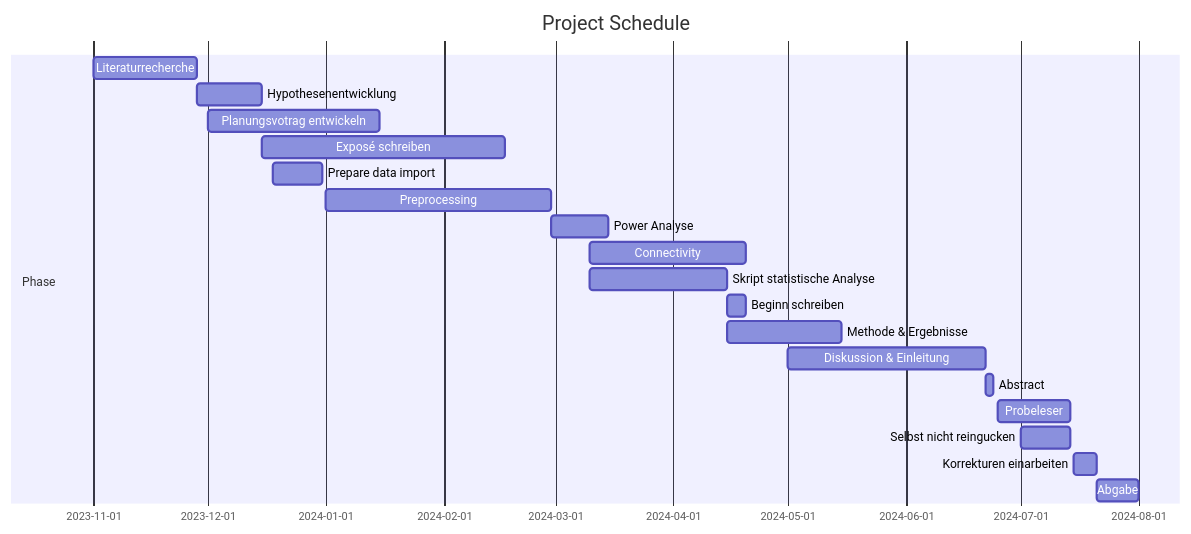
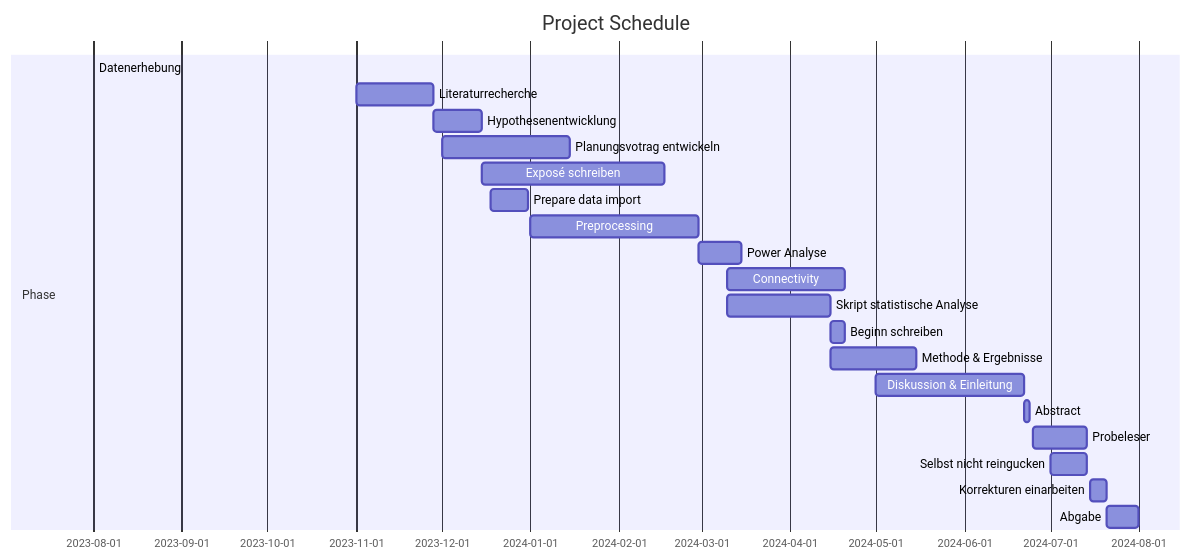
The diagram in README.md (JankaMarlene/masters_thesis), drawn with Mermaid before and after one commit.

````diff
--- a/README.md
+++ b/README.md
@@ -4,24 +4,25 @@
 ```mermaid
 gantt
     title Project Schedule
     dateFormat YYYY-MM-DD
 
     section Phase
+    Datenerhebung              : 2023-08-01, 2023-12.31
     Literaturrecherche         : 2023-11-01, 2023-11-28
     Hypothesenentwicklung      : 2023-11-28, 2023-12-15
     Planungsvotrag entwickeln : 2023-12-01, 2024-01-15
     Exposé schreiben           :2023-12-15, 2024-02-17
     Prepare data import        : 2023-12-18, 2023-12-31
     Preprocessing              : 2024-01-01, 2024-02-29
     Power Analyse              : 2024-02-29, 2024-03-15
     Connectivity               : 2024-03-10, 2024-04-20
     Skript statistische Analyse : 2024-03-10, 2024-04-15
     Beginn schreiben           : 2024-04-15, 2024-04-20
     Methode & Ergebnisse       : 2024-04-15, 2024-05-15
     Diskussion & Einleitung    : 2024-05-01, 2024-06-22
     Abstract                   : 2024-06-22, 2024-06-24
     Probeleser                 : 2024-06-25, 2024-07-14
     Selbst nicht reingucken    : 2024-07-01, 2024-07-14
     Korrekturen einarbeiten    : 2024-07-15, 2024-07-21
     Abgabe                     : 2024-07-21, 2024-08-01
 ```
````
